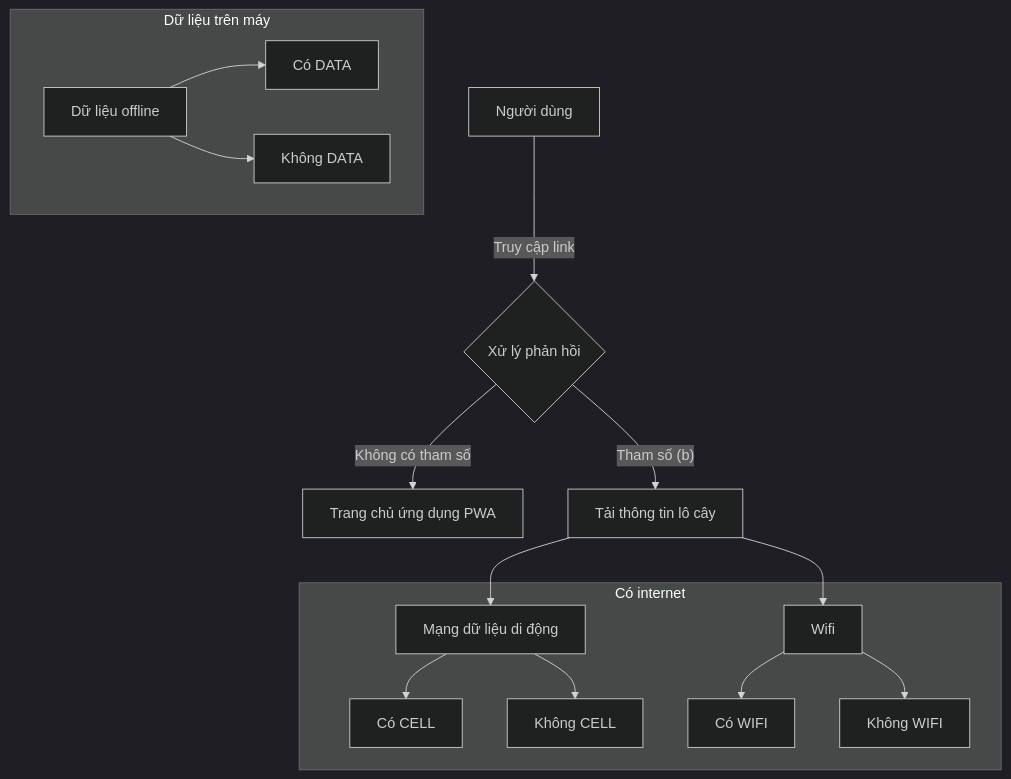
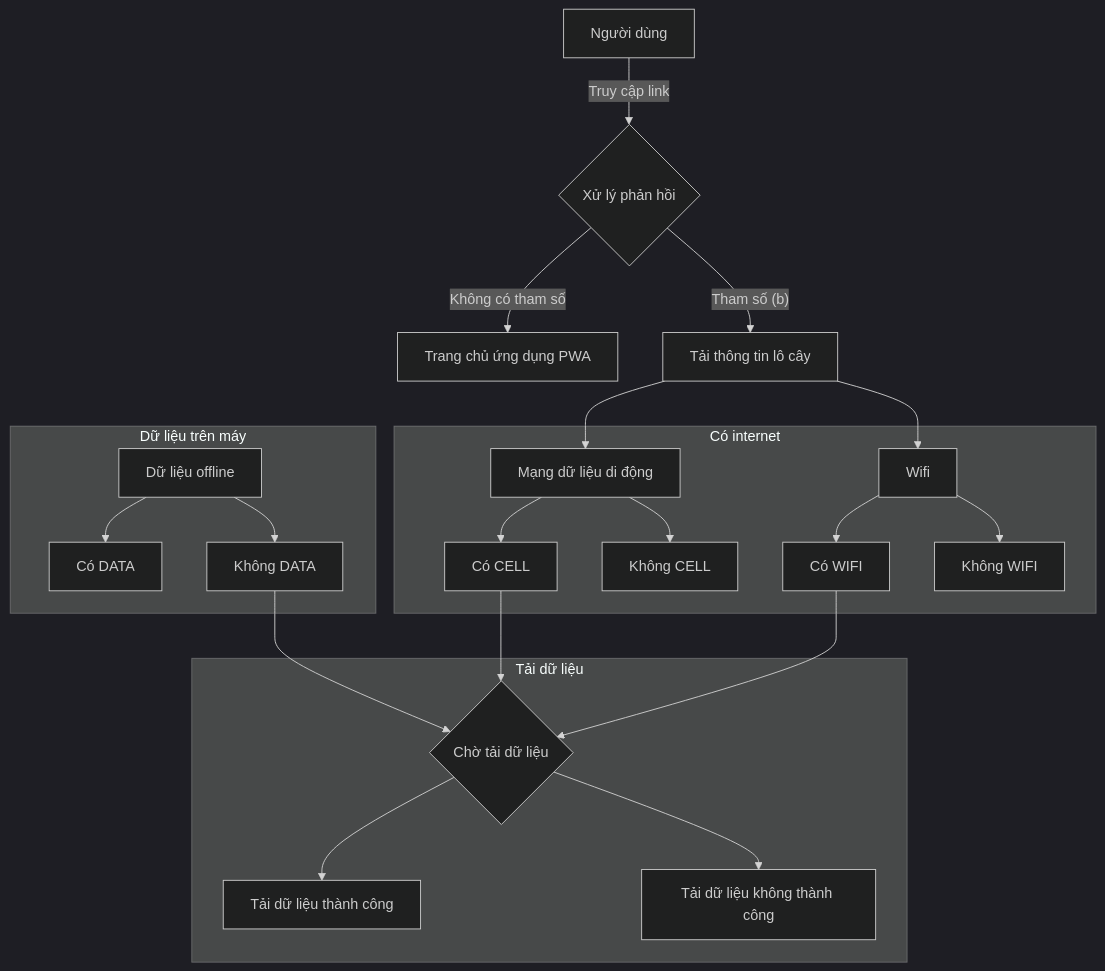
Before and after one commit to trethanhphat/tre-thanh-phat-pwa-docs: the diagram in docs/batch-check-flow.md, drawn with Mermaid (dark theme).

````diff
--- a/docs/batch-check-flow.md
+++ b/docs/batch-check-flow.md
@@ -1,27 +1,39 @@
 ```mermaid
 flowchart TD
 
 USER["Người dùng"] --> |"Truy cập link"| REDIRECT{Xử lý phản hồi}
 
 REDIRECT -->|"Không có tham số"| APP-HOME["Trang chủ ứng dụng PWA"]
 
 REDIRECT -->|"Tham số (b)"| BATCH-FETCH["Tải thông tin lô cây"]
 
 BATCH-FETCH --> CELL
 BATCH-FETCH --> WIFI
 
 subgraph INTERNET["Có internet"]
 CELL["Mạng dữ liệu di động"]
     CELL --> CELL-Y["Có CELL"]
     CELL --> CELL-N["Không CELL"]
 WIFI["Wifi"]
     WIFI --> WIFI-Y["Có WIFI"]
     WIFI --> WIFI-N["Không WIFI"]
 end
 
 subgraph LOCAL["Dữ liệu trên máy"]
 DATA["Dữ liệu offline"]
     DATA --> DATA-Y["Có DATA"]
     DATA --> DATA-N["Không DATA"]
 end
+
+subgraph FETCH["Tải dữ liệu"]
+WAIT{"Chờ tải dữ liệu"}
+    WIFI-Y --> WAIT
+    CELL-Y --> WAIT
+    DATA-N --> WAIT
+
+    WAIT --> FETCH-Y["Tải dữ liệu thành công"]
+    WAIT --> FETCH-N["Tải dữ liệu không thành công"]
+
+
+end
 ```
````
